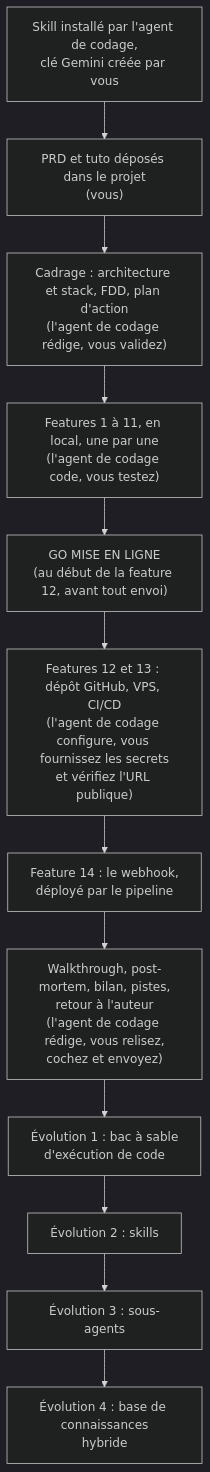
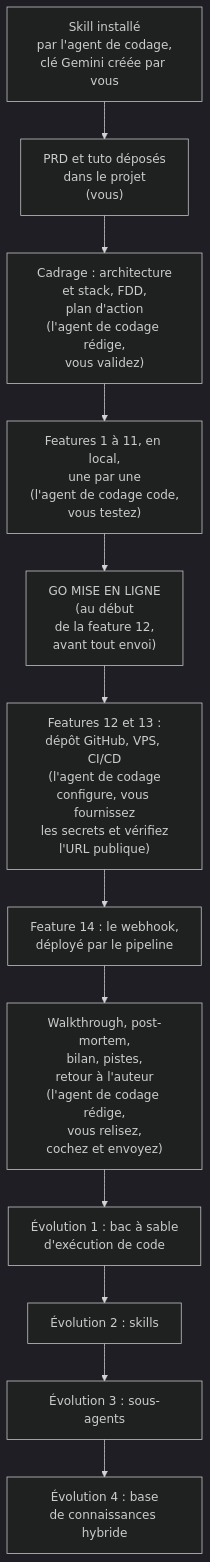
Before and after one commit to lecinquiemejour-code/goodvibe-tuto: the fourth of 4 diagrams in README.md, drawn with Mermaid (dark theme). The commit also changed 1 other file, not shown here.

Commit message:
fix(tuto, readme): diagramme « Le parcours », lignes redécoupées pour ne plus être coupées sur GitHub
Dans ces deux diagrammes (README et tuto 1.3), GitHub plafonne la largeur des boîtes :
les lignes de plus d'une trentaine de caractères étaient coupées au bord. Aucune ligne
ne dépasse plus 26 caractères. Aucun mot ne change, seulement les retours à la ligne.
Signalé par Jean-Noël.

````diff
--- a/README.md
+++ b/README.md
@@ -303,14 +303,14 @@
 ```mermaid
 flowchart TD
-    A["Skill installé par l'agent de codage,<br/>clé Gemini créée par vous"] --> B["PRD et tuto déposés dans le projet<br/>(vous)"]
-    B --> C["Cadrage : architecture et stack, FDD, plan d'action<br/>(l'agent de codage rédige, vous validez)"]
-    C --> D["Features 1 à 11, en local, une par une<br/>(l'agent de codage code, vous testez)"]
-    D --> F["GO MISE EN LIGNE<br/>(au début de la feature 12, avant tout envoi)"]
-    F --> E["Features 12 et 13 : dépôt GitHub, VPS, CI/CD<br/>(l'agent de codage configure, vous fournissez les secrets<br/>et vérifiez l'URL publique)"]
+    A["Skill installé<br/>par l'agent de codage,<br/>clé Gemini créée par vous"] --> B["PRD et tuto déposés<br/>dans le projet<br/>(vous)"]
+    B --> C["Cadrage : architecture<br/>et stack, FDD,<br/>plan d'action<br/>(l'agent de codage rédige,<br/>vous validez)"]
+    C --> D["Features 1 à 11, en local,<br/>une par une<br/>(l'agent de codage code,<br/>vous testez)"]
+    D --> F["GO MISE EN LIGNE<br/>(au début<br/>de la feature 12,<br/>avant tout envoi)"]
+    F --> E["Features 12 et 13 :<br/>dépôt GitHub, VPS, CI/CD<br/>(l'agent de codage<br/>configure, vous fournissez<br/>les secrets et vérifiez<br/>l'URL publique)"]
     E --> F2["Feature 14 : le webhook,<br/>déployé par le pipeline"]
-    F2 --> G["Walkthrough, post-mortem, bilan, pistes,<br/>retour à l'auteur<br/>(l'agent de codage rédige, vous relisez,<br/>cochez et envoyez)"]
+    F2 --> G["Walkthrough, post-mortem,<br/>bilan, pistes,<br/>retour à l'auteur<br/>(l'agent de codage rédige,<br/>vous relisez,<br/>cochez et envoyez)"]
     G --> H1["Évolution 1 : bac à sable<br/>d'exécution de code"]
     H1 --> H2["Évolution 2 : skills"]
     H2 --> H3["Évolution 3 : sous-agents"]
-    H3 --> H4["Évolution 4 : base de connaissances<br/>hybride"]
+    H3 --> H4["Évolution 4 : base<br/>de connaissances hybride"]
 ```
````
